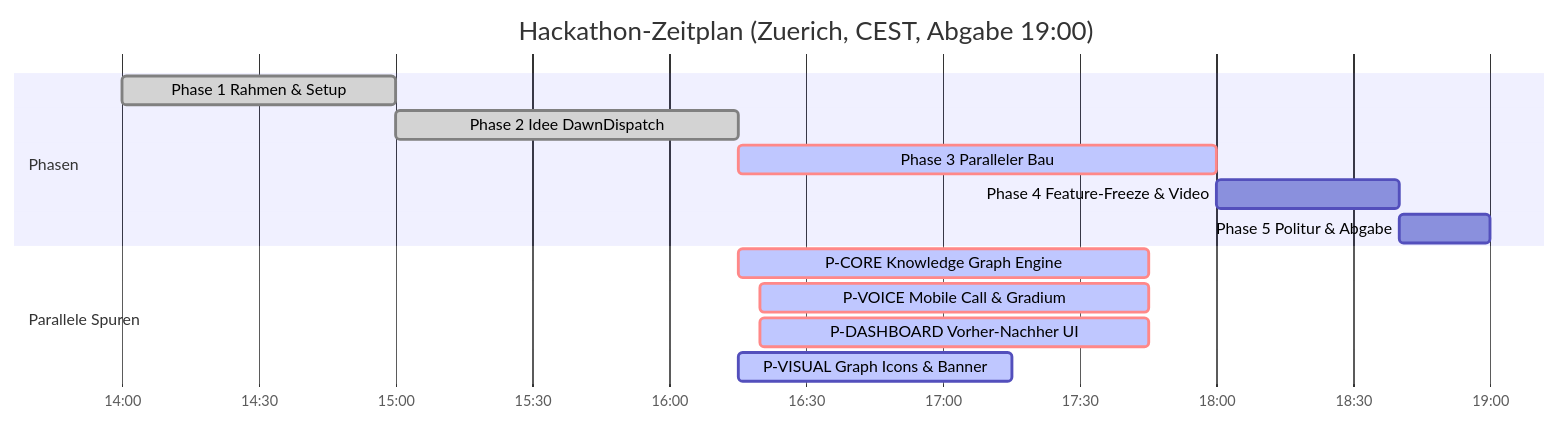
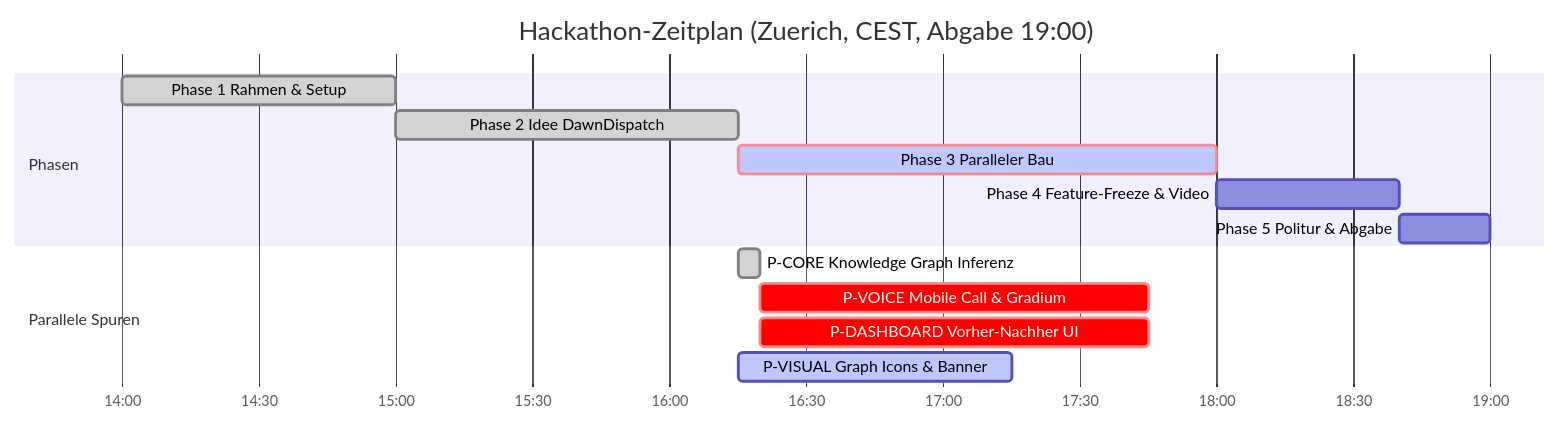
Before and after one commit to Philipp2agent/agentic-hack-google: the diagram in STAND.md, drawn with Mermaid. The commit also changed other lines of this file, not shown here.

Commit message:
docs(stand): Lagebrett aktualisiert - P-CORE gemerged

````diff
--- a/STAND.md
+++ b/STAND.md
@@ -20,17 +21,17 @@
 ```mermaid
 gantt
   title Hackathon-Zeitplan (Zuerich, CEST, Abgabe 19:00)
   dateFormat HH:mm
   axisFormat %H:%M
   section Phasen
   Phase 1 Rahmen & Setup         :done, p1, 14:00, 15:00
   Phase 2 Idee DawnDispatch      :done, p2, 15:00, 16:15
   Phase 3 Paralleler Bau         :crit, active, p3, 16:15, 18:00
   Phase 4 Feature-Freeze & Video :p4, 18:00, 18:40
   Phase 5 Politur & Abgabe       :p5, 18:40, 19:00
   section Parallele Spuren
-  P-CORE Knowledge Graph Engine   :crit, active, p_core, 16:15, 17:45
-  P-VOICE Mobile Call & Gradium   :crit, active, p_voi, 16:20, 17:45
-  P-DASHBOARD Vorher-Nachher UI   :crit, active, p_dash, 16:20, 17:45
-  P-VISUAL Graph Icons & Banner   :active, p_vis, 16:15, 17:15
+  P-CORE Knowledge Graph Inferenz   :done, p_core, 16:15, 16:20
+  P-VOICE Mobile Call & Gradium     :crit, p_voi, 16:20, 17:45
+  P-DASHBOARD Vorher-Nachher UI     :crit, p_dash, 16:20, 17:45
+  P-VISUAL Graph Icons & Banner     :active, p_vis, 16:15, 17:15
 ```
````
